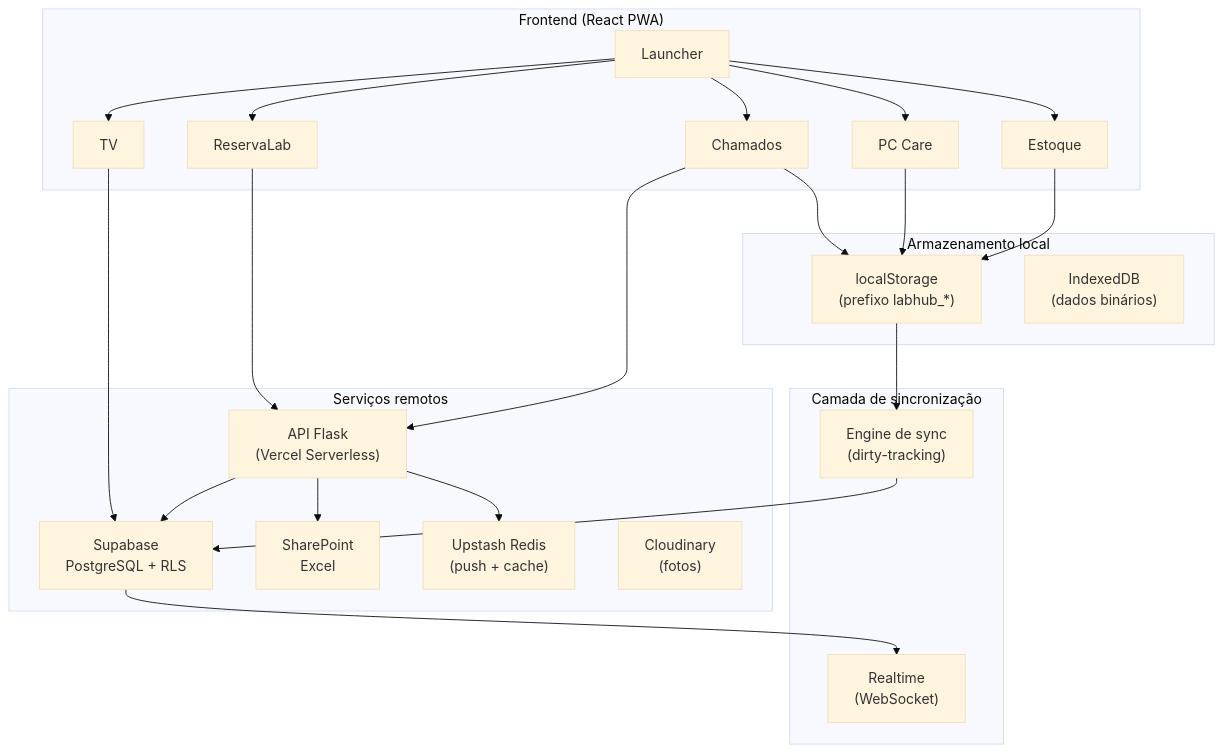
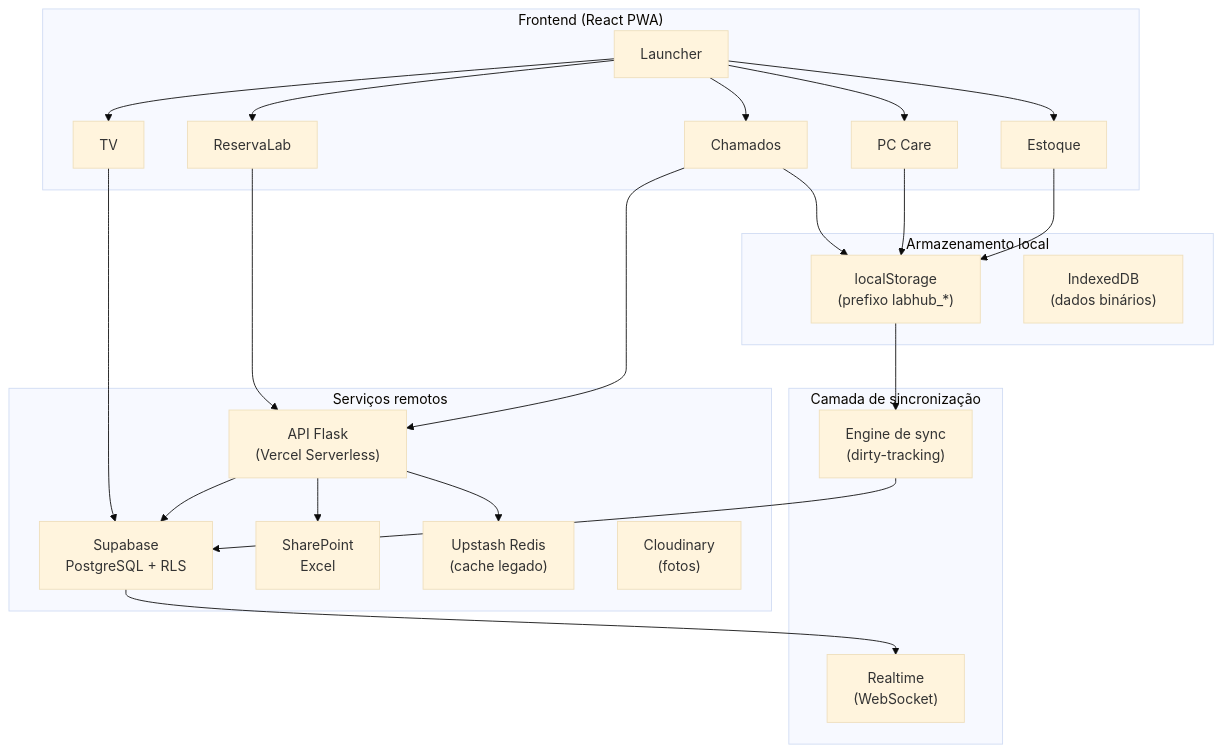
The second of 2 diagrams in docs/platform/architecture/system.md (vihisantos/LabHub), drawn with Mermaid (base theme) before and after one commit. The commit also changed other lines of this file and 7 other files, not shown here.

Commit message:
docs: Remove Redis/Upstash obsoleto de lembretes e push

````diff
--- a/docs/platform/architecture/system.md
+++ b/docs/platform/architecture/system.md
@@ -48,39 +48,39 @@
 ```mermaid
 flowchart TD
     subgraph CLIENT["Frontend (React PWA)"]
         LAUNCHER["Launcher"]
         CHAMADOS["Chamados"]
         PCARE["PC Care"]
         STOCK["Estoque"]
         RESERVALAB["ReservaLab"]
         TV["TV"]
     end
 
     subgraph LOCAL["Armazenamento local"]
         LS["localStorage\n(prefixo labhub_*)"]
         IDB["IndexedDB\n(dados binários)"]
     end
 
     subgraph SYNC["Camada de sincronização"]
         SYNC_ENGINE["Engine de sync\n(dirty-tracking)"]
         REALTIME["Realtime\n(WebSocket)"]
     end
 
     subgraph REMOTE["Serviços remotos"]
         SUPABASE["Supabase\nPostgreSQL + RLS"]
         FLASK["API Flask\n(Vercel Serverless)"]
         SHAREPOINT["SharePoint\nExcel"]
-        UPSTASH["Upstash Redis\n(push + cache)"]
+        UPSTASH["Upstash Redis\n(cache legado)"]
         CLOUDINARY["Cloudinary\n(fotos)"]
     end
 
     LAUNCHER --> CHAMADOS & PCARE & STOCK & RESERVALAB & TV
     CHAMADOS & PCARE & STOCK --> LS
     RESERVALAB --> FLASK --> SHAREPOINT
     TV --> SUPABASE
     LS --> SYNC_ENGINE
     SYNC_ENGINE --> SUPABASE
     SUPABASE --> REALTIME
     FLASK --> SUPABASE & UPSTASH
     CHAMADOS --> FLASK
 ```
````
